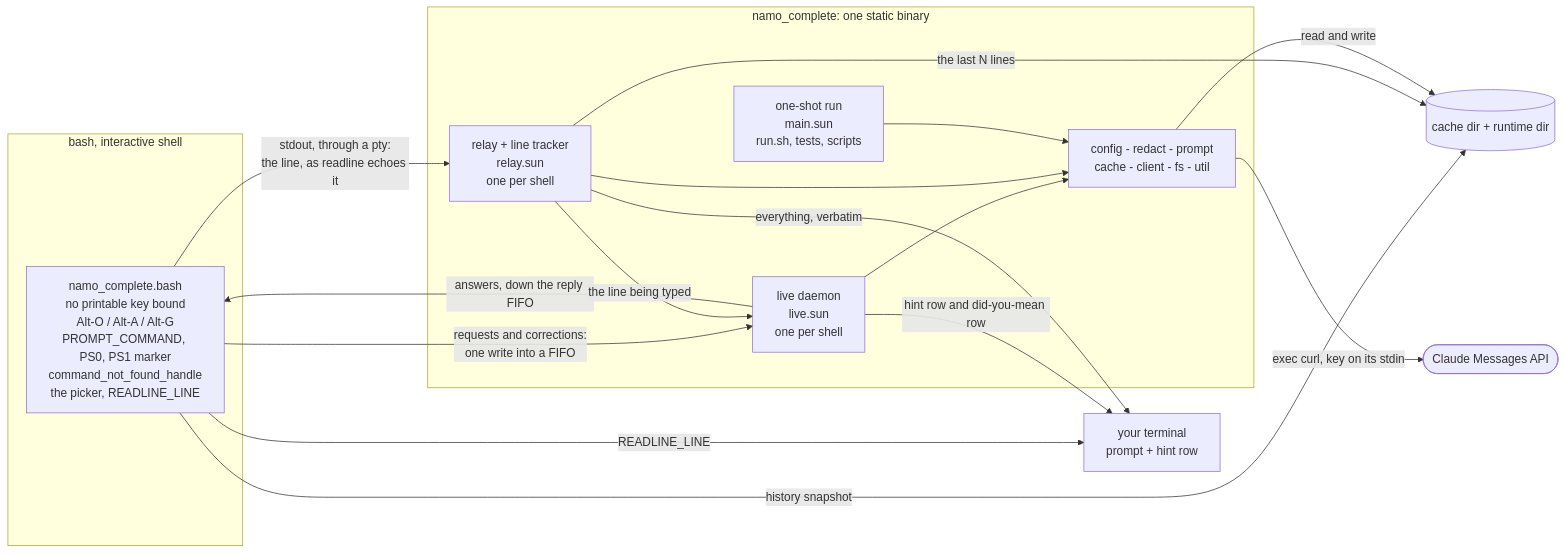
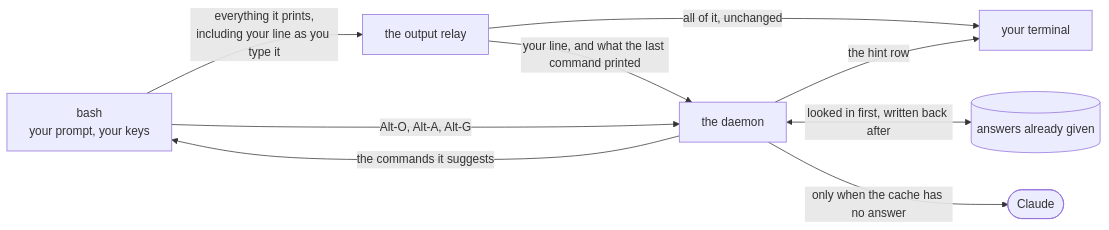
One commit to namo-robotics/namo_complete changed the diagram in README.md. Above: the diagram before and after it, drawn with Mermaid. The commit also changed other lines of this file and 9 other files, not shown here.

````diff
--- a/README.md
+++ b/README.md
@@ -188,32 +186,18 @@
 ```mermaid
 flowchart LR
-    subgraph bash["bash, interactive shell"]
-        RL["namo_complete.bash<br>no printable key bound<br>Alt-O / Alt-A / Alt-G<br>PROMPT_COMMAND, PS0, PS1 marker<br>command_not_found_handle<br>the picker, READLINE_LINE"]
-    end
+    BASH["bash<br>your prompt, your keys"]
+    REL["the output relay"]
+    DAE["the daemon"]
+    TTY["your terminal"]
+    CACHE[("answers already given")]
+    API(["Claude"])
 
-    subgraph bin["namo_complete: one static binary"]
-        DAE["live daemon<br>live.sun<br>one per shell"]
-        REL["relay + line tracker<br>relay.sun<br>one per shell"]
-        ONE["one-shot run<br>main.sun<br>run.sh, tests, scripts"]
-        CORE["config - redact - prompt<br>cache - client - fs - util"]
-        DAE --> CORE
-        REL --> CORE
-        ONE --> CORE
-    end
-
-    TTY["your terminal<br>prompt + hint row"]
-    DISK[("cache dir + runtime dir")]
-    API(["Claude Messages API"])
-
-    RL -->|"READLINE_LINE"| TTY
-    RL -->|"requests and corrections:<br>one write into a FIFO"| DAE
-    DAE -->|"answers, down the reply FIFO"| RL
-    RL -->|"history snapshot"| DISK
-    DAE -->|"hint row and did-you-mean row"| TTY
-    RL -->|"stdout, through a pty:<br>the line, as readline echoes it"| REL
-    REL -->|"everything, verbatim"| TTY
-    REL -->|"the line being typed"| DAE
-    REL -->|"the last N lines"| DISK
-    CORE -->|"read and write"| DISK
-    CORE -->|"exec curl, key on its stdin"| API
+    BASH -->|"everything it prints,<br>including your line as you type it"| REL
+    REL -->|"all of it, unchanged"| TTY
+    REL -->|"your line, and what the last command printed"| DAE
+    BASH -->|"Alt-O, Alt-A, Alt-G"| DAE
+    DAE -->|"the commands it suggests"| BASH
+    DAE -->|"the hint row"| TTY
+    DAE <-->|"looked in first, written back after"| CACHE
+    DAE -->|"only when the cache has no answer"| API
 ```
````
